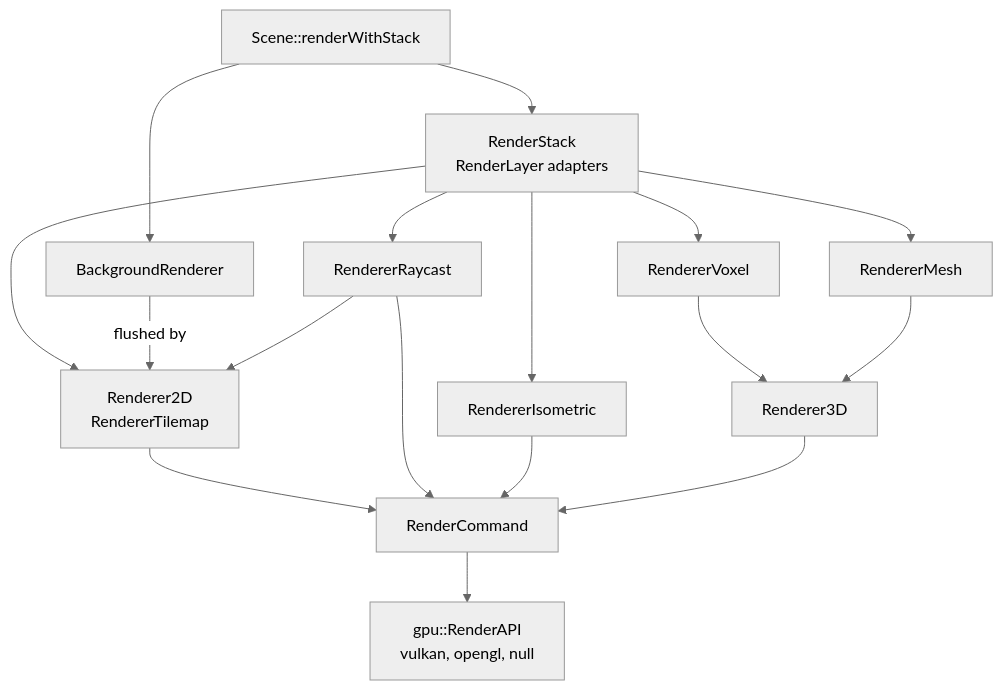
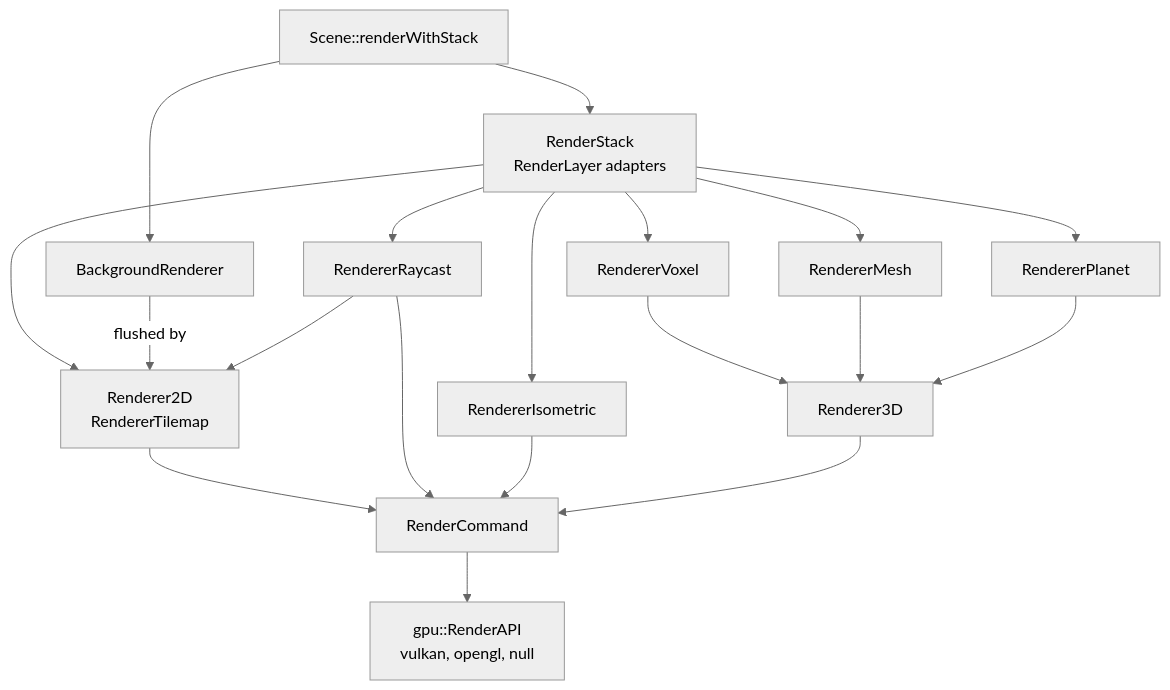
The first of 17 diagrams in doc/pages/renderer.md (Silmaen/Owl), drawn with Mermaid (neutral theme) before and after one commit. The commit also changed other lines of this file and 88 other files, not shown here.

````diff
--- a/doc/pages/renderer.md
+++ b/doc/pages/renderer.md
@@ -31,19 +31,21 @@
 ```mermaid
 flowchart TD
     Scene["Scene::renderWithStack"] --> Stack["RenderStack<br/>RenderLayer adapters"]
     Stack --> R2D["Renderer2D<br/>RendererTilemap"]
     Stack --> Ray[RendererRaycast]
     Stack --> Iso[RendererIsometric]
     Stack --> Vox[RendererVoxel]
     Stack --> Mesh[RendererMesh]
+    Stack --> Planet[RendererPlanet]
     Scene --> Bg[BackgroundRenderer]
     Bg -->|flushed by| R2D
     Ray --> R2D
     Vox --> R3D[Renderer3D]
     Mesh --> R3D
+    Planet --> R3D
     R2D --> RC[RenderCommand]
     Ray --> RC
     Iso --> RC
     R3D --> RC
     RC --> API["gpu::RenderAPI<br/>vulkan, opengl, null"]
 ```
````
